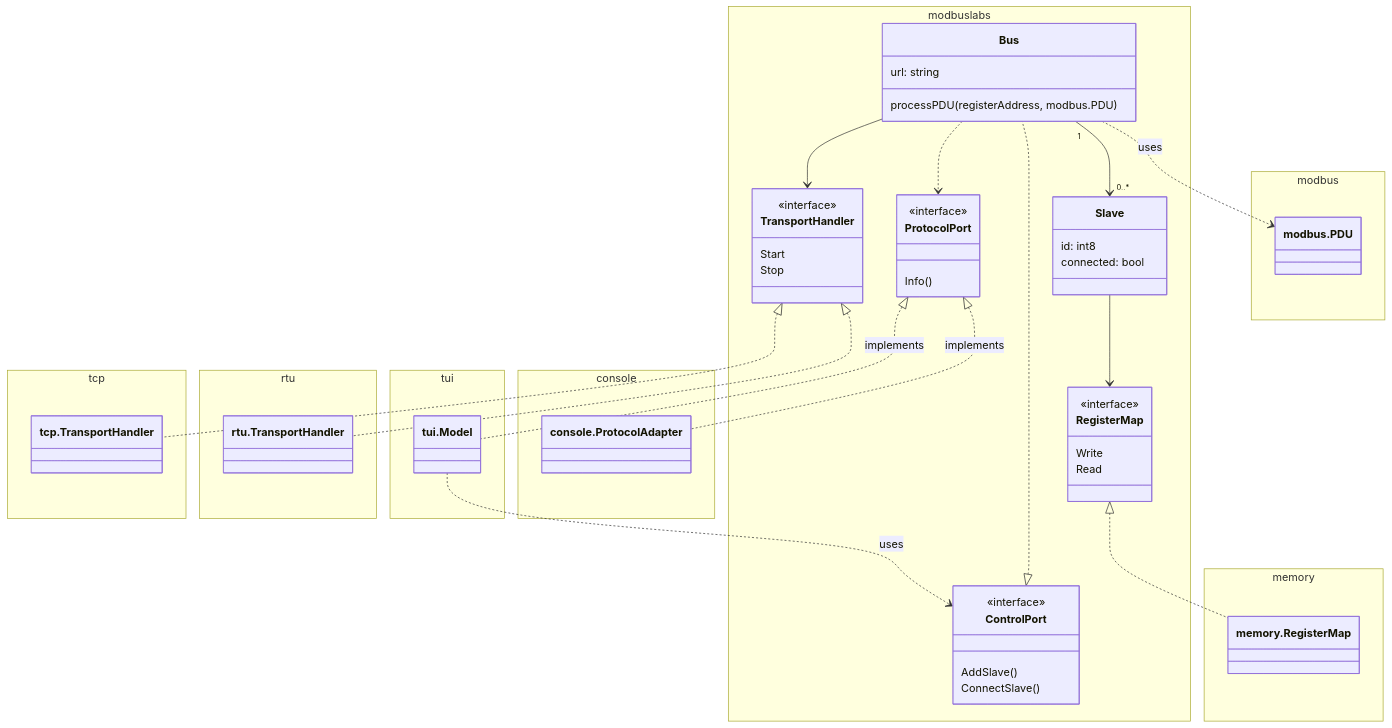
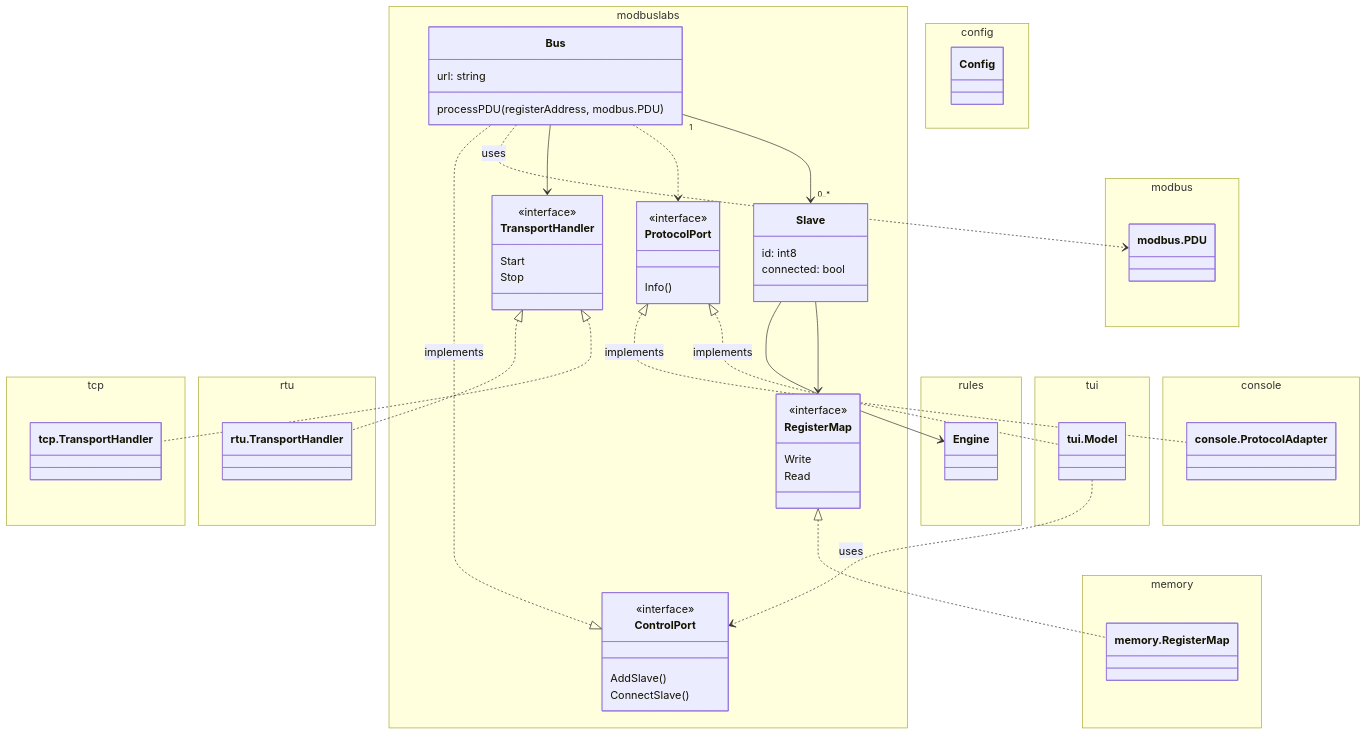
One commit to rwirdemann/modbuslabs changed the diagram in docs/slavesim.mmd. Above: the diagram before and after it, drawn with Mermaid. The commit also changed 6 other files, not shown here.

```diff
--- a/docs/slavesim.mmd
+++ b/docs/slavesim.mmd
@@ -1,77 +1,87 @@
 %%| deviceScaleFactor: 4
 classDiagram
     namespace tcp {
         class tcp.TransportHandler
     }
 
     namespace rtu {
         class rtu.TransportHandler
     }
 
     namespace modbuslabs {
         class Bus {
             url: string
             processPDU(registerAddress, modbus.PDU)
         }
 
         class Slave {
             id: int8
             connected: bool
         }
         class RegisterMap {
             <<interface>>
             Write
             Read
         }
         class TransportHandler{
             <<interface>>
             Start
             Stop
         }
 
         class ControlPort {
             <<interface>>
             AddSlave()
             ConnectSlave()
         }
 
         class ProtocolPort {
             <<interface>>
             Info()
         }
     }
 
+    namespace rules {
+        class Engine {
+        }
+    }
+
+    namespace config {
+        class Config {
+        }
+    }
 
     namespace modbus {
         class modbus.PDU
     }
 
     namespace tui {
         class tui.Model
     }
 
     namespace console {
         class console.ProtocolAdapter
     }
 
     namespace memory {
         class memory.RegisterMap
     }
 
     TransportHandler <|.. tcp.TransportHandler
     TransportHandler <|.. rtu.TransportHandler
 
     Bus "1" --> "0..*" Slave
-    ControlPort <|.. Bus
+    ControlPort <|.. Bus : implements
     Bus ..> ProtocolPort
     Bus --> TransportHandler
     Slave --> RegisterMap
+    Slave --> Engine
     Bus ..> modbus.PDU: uses
 
 
     tui.Model ..> ControlPort : uses
     ProtocolPort <|.. tui.Model : implements
 
     ProtocolPort <|.. console.ProtocolAdapter: implements
 
     RegisterMap <|.. memory.RegisterMap
```
